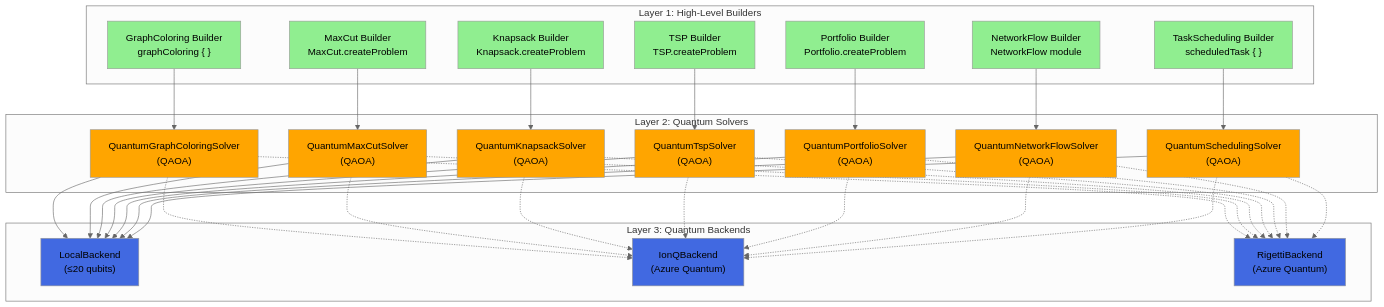
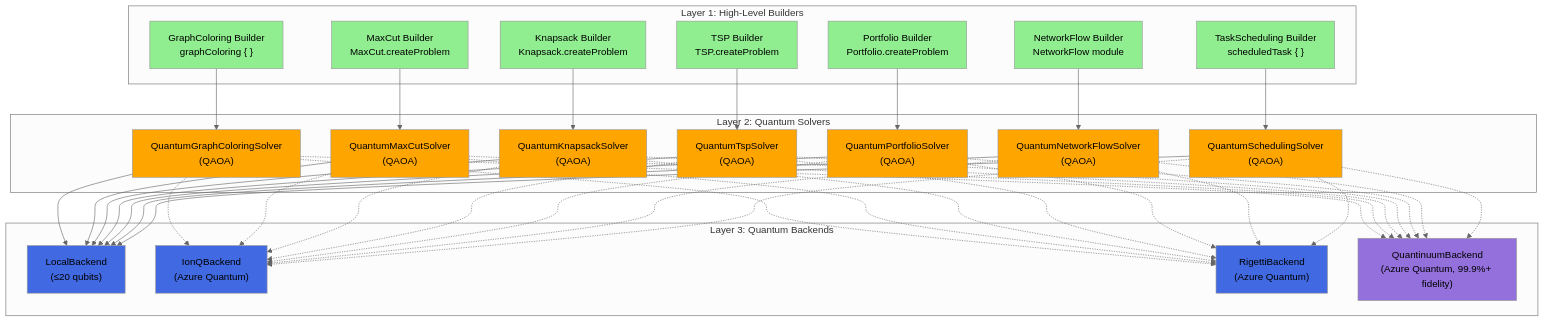
One commit to Thorium/FSharp.Azure.Quantum changed the diagram in README.md. Above: the diagram before and after it, drawn with Mermaid (neutral theme). The commit also changed other lines of this file and 7 other files, not shown here.

Commit message:
feat: Add Quantinuum backend with dynamic qubit limits and improved docs

````diff
--- a/README.md
+++ b/README.md
@@ -733,6 +733,7 @@
         LOCAL["LocalBackend<br/>(≤20 qubits)"]
         IONQ["IonQBackend<br/>(Azure Quantum)"]
         RIGETTI["RigettiBackend<br/>(Azure Quantum)"]
+        QUANTINUUM["QuantinuumBackend<br/>(Azure Quantum, 99.9%+ fidelity)"]
     end
     
     GC --> QGC
@@ -767,6 +768,14 @@
     QNF -.-> RIGETTI
     QSCHED -.-> RIGETTI
     
+    QGC -.-> QUANTINUUM
+    QMC -.-> QUANTINUUM
+    QKS -.-> QUANTINUUM
+    QTS -.-> QUANTINUUM
+    QPO -.-> QUANTINUUM
+    QNF -.-> QUANTINUUM
+    QSCHED -.-> QUANTINUUM
+    
     style GC fill:#90EE90
     style MC fill:#90EE90
     style KS fill:#90EE90
@@ -784,4 +793,5 @@
     style LOCAL fill:#4169E1
     style IONQ fill:#4169E1
     style RIGETTI fill:#4169E1
+    style QUANTINUUM fill:#9370DB
 ```
````
